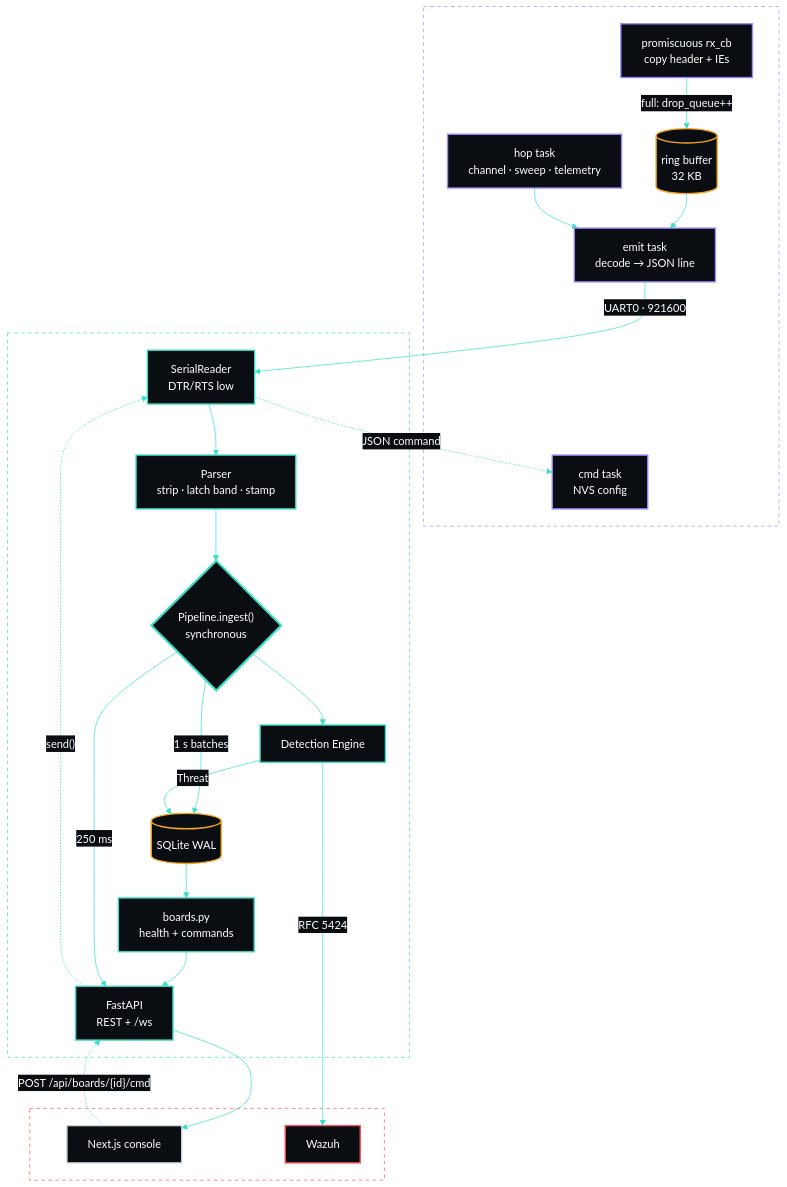
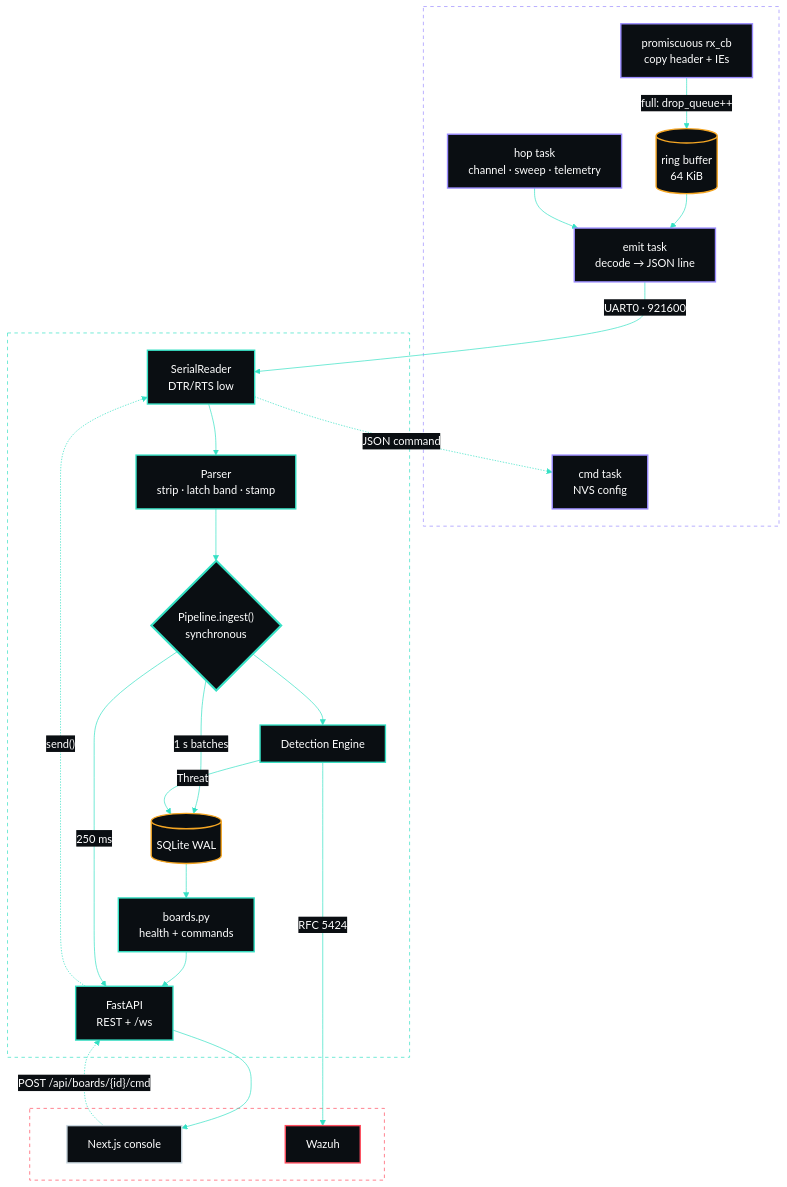
The first of 3 diagrams in docs/architecture.md (gurvinny/spectre), drawn with Mermaid before and after one commit. The commit also changed 7 other files, not shown here.

````diff
--- a/docs/architecture.md
+++ b/docs/architecture.md
@@ -6,82 +6,82 @@
 ```mermaid
 %%{init: {
   'theme': 'base',
   'themeVariables': {
     'primaryColor': '#0a0e12',
     'primaryTextColor': '#fff',
     'primaryBorderColor': '#35E0C4',
     'lineColor': '#35E0C4',
     'secondaryColor': '#0a0e12',
     'tertiaryColor': '#0a0e12',
     'actorBkg': '#0a0e12',
     'actorBorder': '#35E0C4',
     'actorTextColor': '#fff',
     'signalColor': '#35E0C4',
     'signalTextColor': '#6B7C8C',
     'noteBkgColor': '#0a0e12',
     'noteBorderColor': '#9B8CFF',
     'noteTextColor': '#C9D6DF',
     'labelBoxBkgColor': '#0a0e12',
     'labelBoxBorderColor': '#9B8CFF',
     'labelTextColor': '#fff',
     'loopTextColor': '#6B7C8C',
     'activationBkgColor': '#11171d',
     'activationBorderColor': '#35E0C4',
     'fontFamily': 'monospace'
   }
 }}%%
 flowchart TB
     subgraph FW["Firmware · each ESP32-C5"]
         RX["promiscuous rx_cb<br/>copy header + IEs"]
-        RG[("ring buffer<br/>32 KB")]
+        RG[("ring buffer<br/>64 KiB")]
         EM["emit task<br/>decode → JSON line"]
         HP["hop task<br/>channel · sweep · telemetry"]
         CM["cmd task<br/>NVS config"]
     end
     subgraph SN["Sensor · one asyncio loop"]
         RD["SerialReader<br/>DTR/RTS low"]
         PR["Parser<br/>strip · latch band · stamp"]
         PL{"Pipeline.ingest()<br/>synchronous"}
         DE["Detection Engine"]
         ST[("SQLite WAL")]
         BA["boards.py<br/>health + commands"]
         API["FastAPI<br/>REST + /ws"]
     end
     subgraph OUT["Consumers"]
         WEB["Next.js console"]
         WZ["Wazuh"]
     end
     RX -- "full: drop_queue++" --> RG
     RG --> EM
     HP --> EM
     EM -- "UART0 · 921600" --> RD
     RD --> PR --> PL
     PL --> DE
     PL -- "1 s batches" --> ST
     DE -- "Threat" --> ST
     DE -- "RFC 5424" --> WZ
     ST --> BA --> API
     PL -- "250 ms" --> API
     API --> WEB
     WEB -. "POST /api/boards/{id}/cmd" .-> API
     API -. "send()" .-> RD
     RD -. "JSON command" .-> CM
 
     style FW fill:transparent,stroke:#9B8CFF,stroke-width:1px,stroke-dasharray: 5 5,color:#fff
     style SN fill:transparent,stroke:#35E0C4,stroke-width:1px,stroke-dasharray: 5 5,color:#fff
     style OUT fill:transparent,stroke:#FF4D5E,stroke-width:1px,stroke-dasharray: 5 5,color:#fff
     style RX fill:#0a0e12,stroke:#9B8CFF,stroke-width:2px,color:#fff
     style RG fill:#0a0e12,stroke:#F5A623,stroke-width:2px,color:#fff
     style EM fill:#0a0e12,stroke:#9B8CFF,stroke-width:2px,color:#fff
     style HP fill:#0a0e12,stroke:#9B8CFF,stroke-width:2px,color:#fff
     style CM fill:#0a0e12,stroke:#9B8CFF,stroke-width:2px,color:#fff
     style RD fill:#0a0e12,stroke:#35E0C4,stroke-width:2px,color:#fff
     style PR fill:#0a0e12,stroke:#35E0C4,stroke-width:2px,color:#fff
     style PL fill:#0a0e12,stroke:#35E0C4,stroke-width:3px,color:#fff
     style DE fill:#0a0e12,stroke:#35E0C4,stroke-width:2px,color:#fff
     style ST fill:#0a0e12,stroke:#F5A623,stroke-width:2px,color:#fff
     style BA fill:#0a0e12,stroke:#35E0C4,stroke-width:2px,color:#fff
     style API fill:#0a0e12,stroke:#35E0C4,stroke-width:2px,color:#fff
     style WEB fill:#0a0e12,stroke:#C9D6DF,stroke-width:2px,color:#fff
     style WZ fill:#0a0e12,stroke:#FF4D5E,stroke-width:2px,color:#fff
 ```
````
